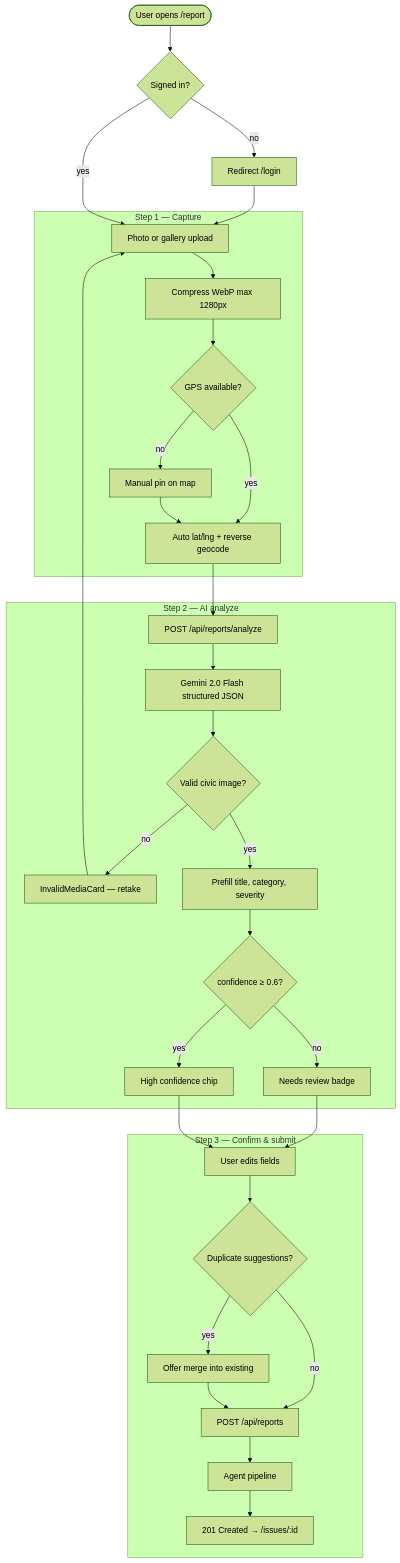
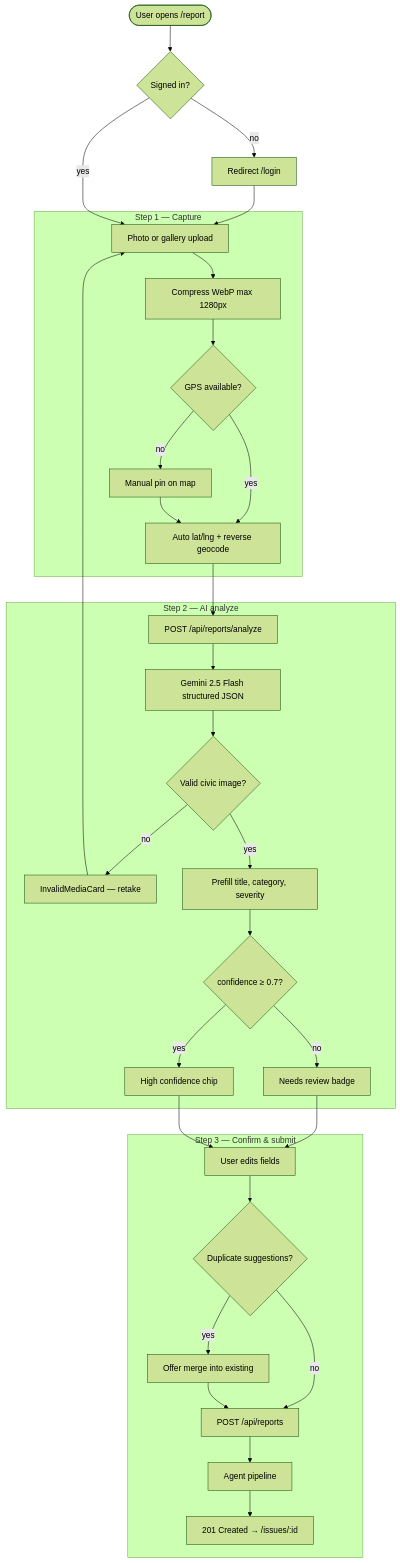
One commit to Ojas-Srivastava05/community-hero changed the diagram in docs/diagrams/mermaid/03-report-wizard-flow.mmd. Above: the diagram before and after it, drawn with Mermaid (forest theme). The commit also changed 88 other files, not shown here.

```diff
--- a/docs/diagrams/mermaid/03-report-wizard-flow.mmd
+++ b/docs/diagrams/mermaid/03-report-wizard-flow.mmd
@@ -1,37 +1,37 @@
 flowchart TB
   START([User opens /report]) --> AUTH{Signed in?}
   AUTH -->|no| LOGIN[Redirect /login]
   LOGIN --> STEP1
   AUTH -->|yes| STEP1
 
   subgraph step1["Step 1 — Capture"]
     STEP1[Photo or gallery upload]
     STEP1 --> COMPRESS[Compress WebP max 1280px]
     COMPRESS --> GPS{GPS available?}
     GPS -->|yes| LOC[Auto lat/lng + reverse geocode]
     GPS -->|no| PIN[Manual pin on map]
     PIN --> LOC
   end
 
   subgraph step2["Step 2 — AI analyze"]
     LOC --> ANALYZE[POST /api/reports/analyze]
-    ANALYZE --> GEMINI[Gemini 2.0 Flash structured JSON]
+    ANALYZE --> GEMINI[Gemini 2.5 Flash structured JSON]
     GEMINI --> VALID{Valid civic image?}
     VALID -->|no| INVALID[InvalidMediaCard — retake]
     INVALID --> STEP1
     VALID -->|yes| PREFILL[Prefill title, category, severity]
-    PREFILL --> CONF{confidence ≥ 0.6?}
+    PREFILL --> CONF{confidence ≥ 0.7?}
     CONF -->|no| WARN[Needs review badge]
     CONF -->|yes| OK[High confidence chip]
   end
 
   subgraph step3["Step 3 — Confirm & submit"]
     WARN --> EDIT[User edits fields]
     OK --> EDIT
     EDIT --> DUPES{Duplicate suggestions?}
     DUPES -->|yes| MERGE[Offer merge into existing]
     DUPES -->|no| POST[POST /api/reports]
     MERGE --> POST
     POST --> AGENTS[Agent pipeline]
     AGENTS --> SUCCESS[201 Created → /issues/:id]
   end
```
